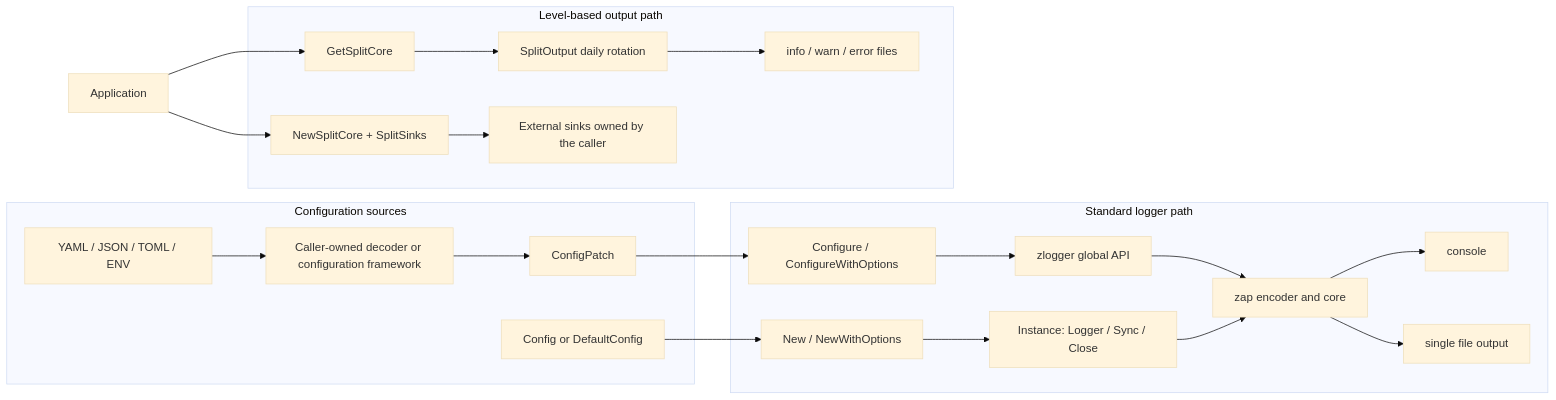
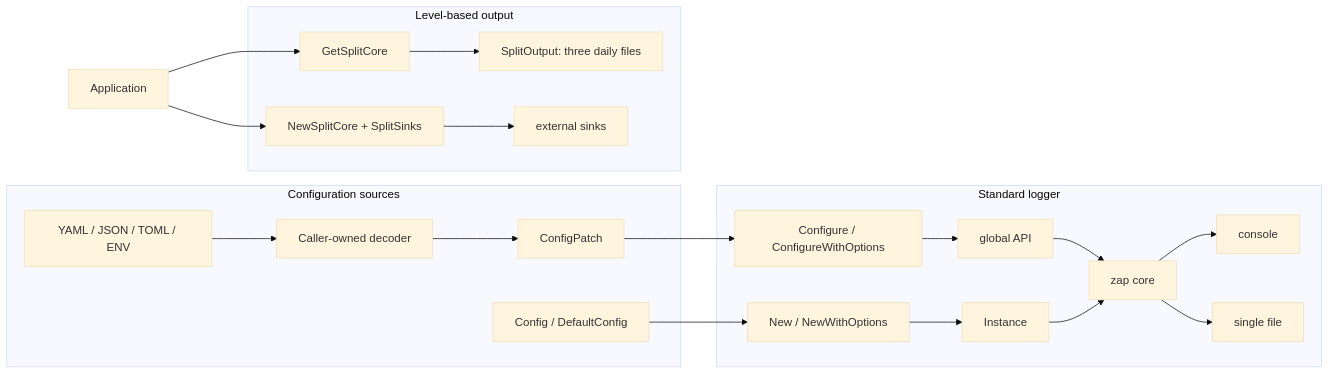
The diagram in README.en.md (vincent119/zlogger), drawn with Mermaid (base theme) before and after one commit. The commit also changed other lines of this file and 20 other files, not shown here.

````diff
--- a/README.en.md
+++ b/README.en.md
@@ -18,39 +18,21 @@
 ```mermaid
 flowchart LR
     subgraph Input[Configuration sources]
-        Files["YAML / JSON / TOML / ENV"]
-        Decoder["Caller-owned decoder or configuration framework"]
-        Patch[ConfigPatch]
-        Config["Config or DefaultConfig"]
-        Files --> Decoder --> Patch
+        Files["YAML / JSON / TOML / ENV"] --> Decoder["Caller-owned decoder"] --> Patch[ConfigPatch]
+        Config["Config / DefaultConfig"]
     end
-
-    subgraph Standard[Standard logger path]
-        Configure["Configure / ConfigureWithOptions"]
-        Global["zlogger global API"]
-        New["New / NewWithOptions"]
-        Instance["Instance: Logger / Sync / Close"]
-        Core["zap encoder and core"]
-        Console[console]
-        File["single file output"]
-
-        Patch --> Configure --> Global --> Core
-        Config --> New --> Instance --> Core
-        Core --> Console
-        Core --> File
+    subgraph Standard[Standard logger]
+        Configure["Configure / ConfigureWithOptions"] --> Global["global API"] --> Core["zap core"]
+        New["New / NewWithOptions"] --> Instance[Instance] --> Core
+        Core --> Console[console]
+        Core --> File["single file"]
     end
-
-    subgraph Split[Level-based output path]
-        GetSplit[GetSplitCore]
-        SplitOutput["SplitOutput daily rotation"]
-        Daily["info / warn / error files"]
-        Custom["NewSplitCore + SplitSinks"]
-        External["External sinks owned by the caller"]
-
-        GetSplit --> SplitOutput --> Daily
-        Custom --> External
+    subgraph Split[Level-based output]
+        GetSplit[GetSplitCore] --> Daily["SplitOutput: three daily files"]
+        Custom["NewSplitCore + SplitSinks"] --> External["external sinks"]
     end
-
+    Patch --> Configure
+    Config --> New
     App[Application] --> GetSplit
     App --> Custom
 ```
````
